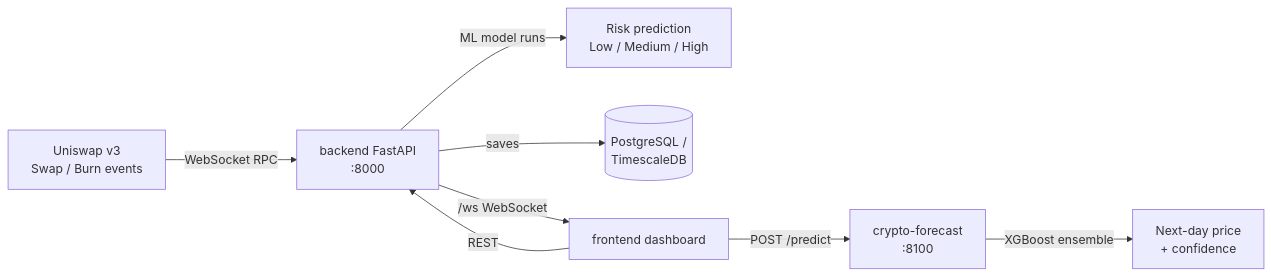
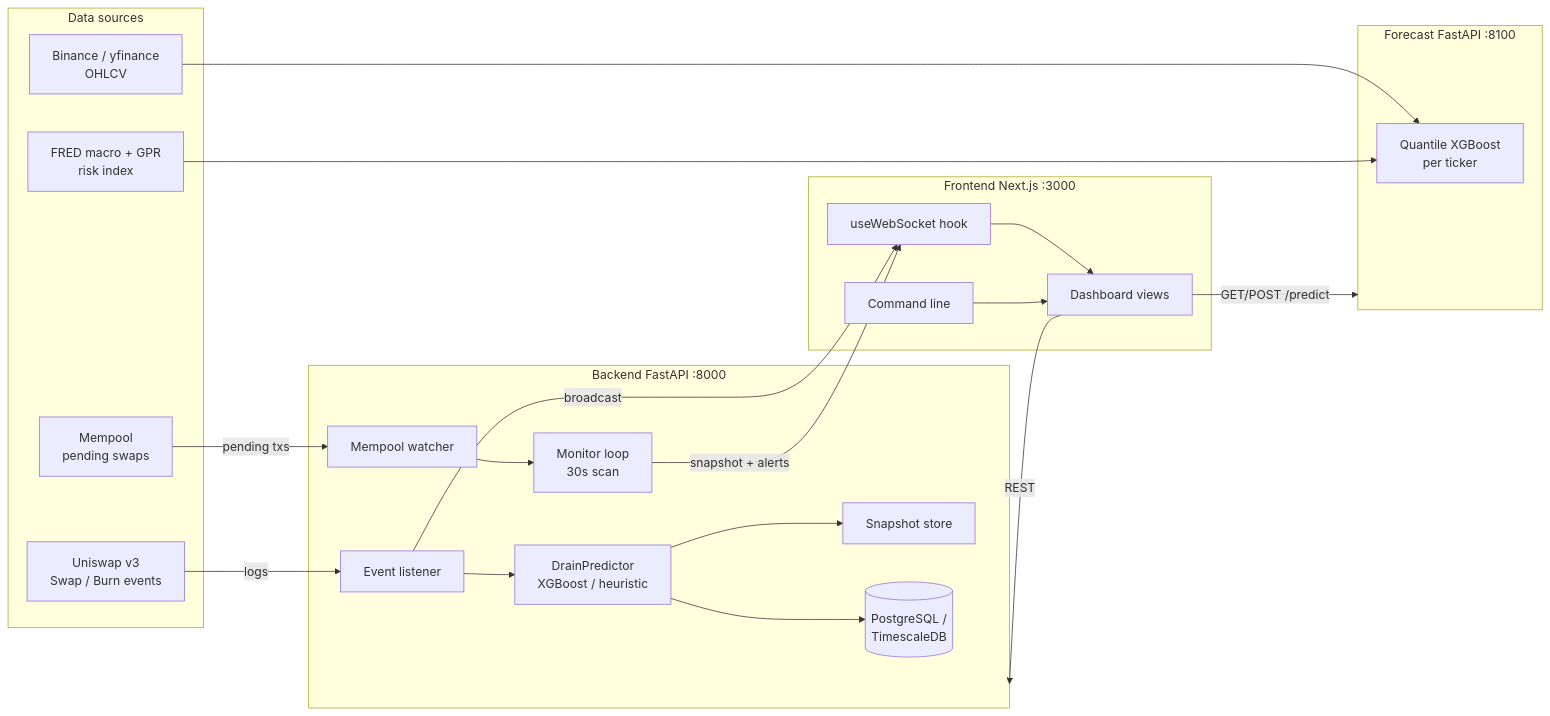
Before and after one commit to galenayaka/dex-liquidity-predictor: the first of 3 diagrams in README.md, drawn with Mermaid. The commit also changed other lines of this file and 32 other files, not shown here.

````diff
--- a/README.md
+++ b/README.md
@@ -36,10 +83,42 @@
 ```mermaid
 flowchart LR
-    A[Uniswap v3<br/>Swap / Burn events] -->|WebSocket RPC| B[backend FastAPI<br/>:8000]
-    B -->|ML model runs| C[Risk prediction<br/>Low / Medium / High]
-    B -->|saves| D[(PostgreSQL /<br/>TimescaleDB)]
-    B -->|/ws WebSocket| E[frontend dashboard]
-    E -->|REST| B
-    E -->|POST /predict| F[crypto-forecast<br/>:8100]
-    F -->|XGBoost ensemble| G[Next-day price<br/>+ confidence]
+    subgraph Data sources
+        A[Uniswap v3<br/>Swap / Burn events]
+        M[Mempool<br/>pending swaps]
+        C[Binance / yfinance<br/>OHLCV]
+        G[FRED macro + GPR<br/>risk index]
+    end
+
+    subgraph backend[Backend FastAPI :8000]
+        L[Event listener]
+        W[Mempool watcher]
+        MON[Monitor loop<br/>30s scan]
+        P[DrainPredictor<br/>XGBoost / heuristic]
+        S[Snapshot store]
+        DB[(PostgreSQL /<br/>TimescaleDB)]
+    end
+
+    subgraph forecast[Forecast FastAPI :8100]
+        Q[Quantile XGBoost<br/>per ticker]
+    end
+
+    subgraph frontend[Frontend Next.js :3000]
+        WS[useWebSocket hook]
+        UI[Dashboard views]
+        CL[Command line]
+    end
+
+    A -->|logs| L
+    M -->|pending txs| W
+    L --> P --> S
+    P --> DB
+    L -->|broadcast| WS
+    MON -->|snapshot + alerts| WS
+    W --> MON
+    C --> Q
+    G --> Q
+    UI -->|REST| backend
+    UI -->|GET/POST /predict| forecast
+    WS --> UI
+    CL --> UI
 ```
````
